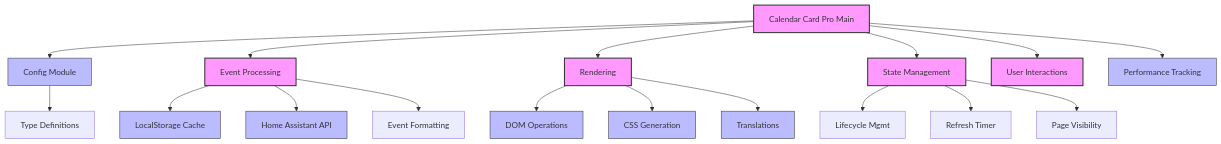
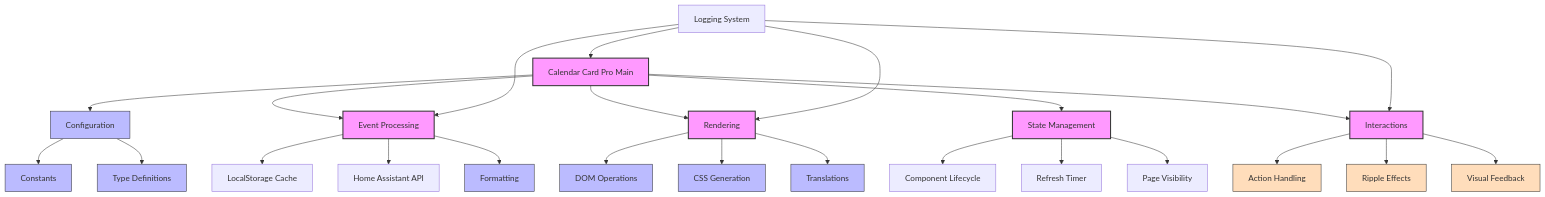
One commit to sancons20/calendar-card-pro changed the diagram in docs/architecture.md. Above: the diagram before and after it, drawn with Mermaid. The commit also changed other lines of this file and 5 other files, not shown here.

````diff
--- a/docs/architecture.md
+++ b/docs/architecture.md
@@ -77,36 +152,47 @@
 ```mermaid
 graph TD
-    Main[Calendar Card Pro Main] --> Config[Config Module]
+    Main[Calendar Card Pro Main] --> Config[Configuration]
     Main --> Events[Event Processing]
     Main --> Render[Rendering]
     Main --> State[State Management]
-    Main --> Actions[User Interactions]
+    Main --> Inter[Interactions]
 
-    %% Config relationships
+    %% Configuration interactions
+    Config --> Constants[Constants]
     Config --> Types[Type Definitions]
 
-    %% Event processing relationships
+    %% Event processing flow
     Events --> Cache[LocalStorage Cache]
     Events --> API[Home Assistant API]
-    Events --> Format[Event Formatting]
+    Events --> Format[Formatting]
 
-    %% Rendering relationships
+    %% Rendering flow
     Render --> DOM[DOM Operations]
     Render --> Styles[CSS Generation]
-    Render --> I18n[Translations]
+    Render --> Localize[Translations]
 
-    %% State relationships
-    State --> Lifecycle[Lifecycle Mgmt]
+    %% Interaction flow
+    Inter --> Actions[Action Handling]
+    Inter --> Ripple[Ripple Effects]
+    Inter --> Feedback[Visual Feedback]
+
+    %% State management
+    State --> Lifecycle[Component Lifecycle]
     State --> Refresh[Refresh Timer]
     State --> Visibility[Page Visibility]
 
-    %% Feature relationships
-    Main --> Performance[Performance Tracking]
+    %% Cross-cutting concerns
+    Logger[Logging System] --> Main
+    Logger --> Events
+    Logger --> Render
+    Logger --> Inter
 
     %% Design notes
     classDef core fill:#f9f,stroke:#333,stroke-width:2px
     classDef util fill:#bbf,stroke:#333,stroke-width:1px
+    classDef interact fill:#fdb,stroke:#333,stroke-width:1px
 
-    class Main,Events,Render,State,Actions core
-    class Config,Cache,API,DOM,Styles,I18n,Performance util
+    class Main,Events,Render,State,Inter core
+    class Config,Constants,Types,Format,DOM,Styles,Localize util
+    class Actions,Ripple,Feedback interact
 ```
````
